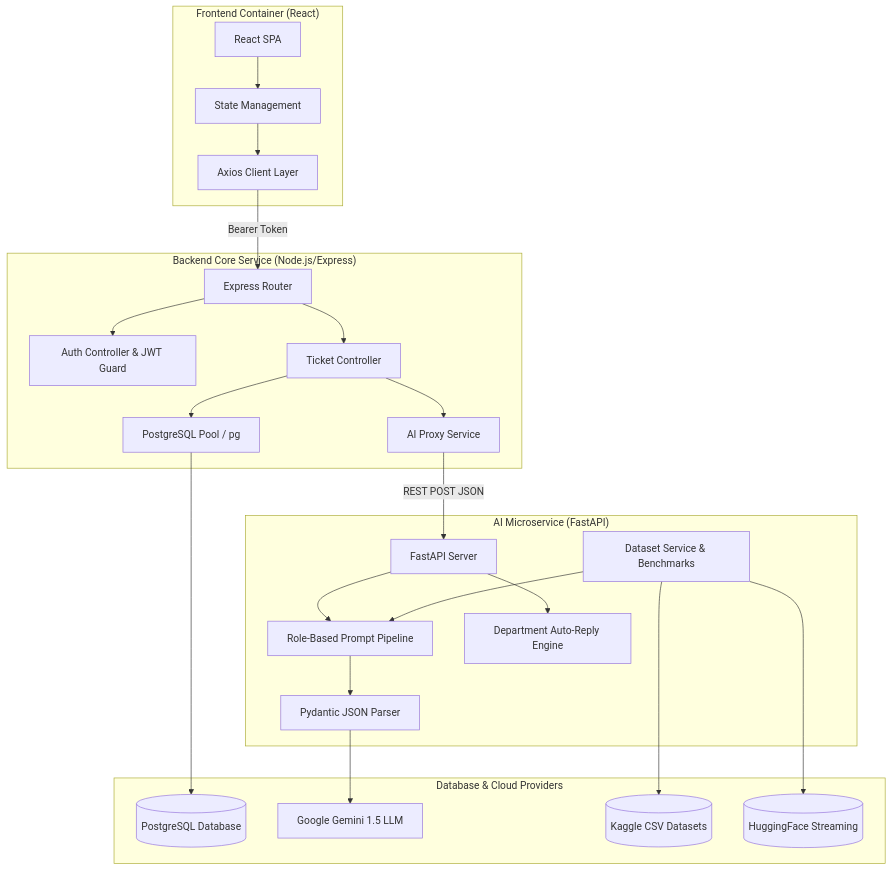
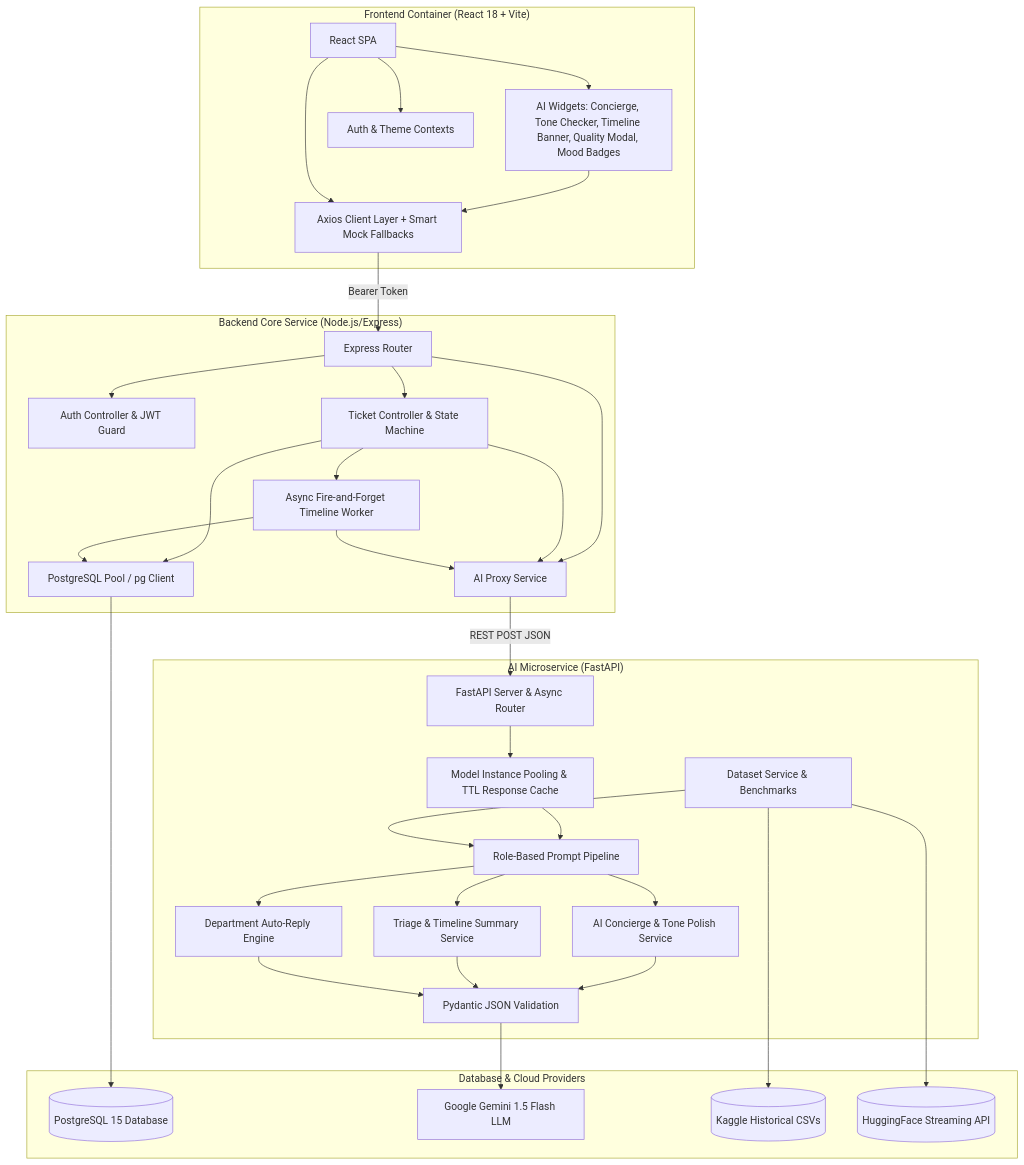
Before and after one commit to ByteLounge/SupportSenseAI: the first of 4 diagrams in README.md, drawn with Mermaid. The commit also changed other lines of this file and 17 other files, not shown here.

````diff
--- a/README.md
+++ b/README.md
@@ -148,50 +154,66 @@
 ```mermaid
 graph TB
-    subgraph "Frontend Container (React)"
+    subgraph "Frontend Container (React 18 + Vite)"
         UI[React SPA]
-        RQ[State Management]
-        AX[Axios Client Layer]
-        UI --> RQ
-        RQ --> AX
+        AI_WIDGETS[AI Widgets: Concierge, Tone Checker, Timeline Banner, Quality Modal, Mood Badges]
+        AUTH_CTX[Auth & Theme Contexts]
+        AX[Axios Client Layer + Smart Mock Fallbacks]
+        UI --> AI_WIDGETS
+        UI --> AUTH_CTX
+        AI_WIDGETS --> AX
+        UI --> AX
     end
 
     subgraph "Backend Core Service (Node.js/Express)"
         API[Express Router]
         AUTH[Auth Controller & JWT Guard]
-        TICK[Ticket Controller]
+        TICK[Ticket Controller & State Machine]
         AI_GATE[AI Proxy Service]
-        DB_MOD[PostgreSQL Pool / pg]
+        ASYNC_WORKER[Async Fire-and-Forget Timeline Worker]
+        DB_MOD[PostgreSQL Pool / pg Client]
 
         AX -->|Bearer Token| API
         API --> AUTH
         API --> TICK
+        API --> AI_GATE
         TICK --> AI_GATE
         TICK --> DB_MOD
+        TICK --> ASYNC_WORKER
+        ASYNC_WORKER --> AI_GATE
+        ASYNC_WORKER --> DB_MOD
     end
 
     subgraph "AI Microservice (FastAPI)"
-        FAST[FastAPI Server]
+        FAST[FastAPI Server & Async Router]
+        POOL_CACHE[Model Instance Pooling & TTL Response Cache]
         PROMPT[Role-Based Prompt Pipeline]
+        CONCIERGE_SVC[AI Concierge & Tone Polish Service]
+        TRIAGE_SVC[Triage & Timeline Summary Service]
+        AUTO_REP[Department Auto-Reply Engine]
         DATASET[Dataset Service & Benchmarks]
-        AUTO_REP[Department Auto-Reply Engine]
-        PARSER[Pydantic JSON Parser]
+        PARSER[Pydantic JSON Validation]
 
         AI_GATE -->|REST POST JSON| FAST
-        FAST --> PROMPT
-        FAST --> AUTO_REP
+        FAST --> POOL_CACHE
+        POOL_CACHE --> PROMPT
+        PROMPT --> CONCIERGE_SVC
+        PROMPT --> TRIAGE_SVC
+        PROMPT --> AUTO_REP
         DATASET --> PROMPT
-        PROMPT --> PARSER
+        CONCIERGE_SVC --> PARSER
+        TRIAGE_SVC --> PARSER
+        AUTO_REP --> PARSER
     end
 
     subgraph "Database & Cloud Providers"
-        PG[(PostgreSQL Database)]
-        GEMINI[Google Gemini 1.5 LLM]
-        KAGGLE[(Kaggle CSV Datasets)]
-        HF[(HuggingFace Streaming)]
+        PG[(PostgreSQL 15 Database)]
+        GEMINI[Google Gemini 1.5 Flash LLM]
+        KAGGLE[(Kaggle Historical CSVs)]
+        HF[(HuggingFace Streaming API)]
 
         DB_MOD --> PG
         PARSER --> GEMINI
         DATASET --> KAGGLE
         DATASET --> HF
     end
 ```
````
